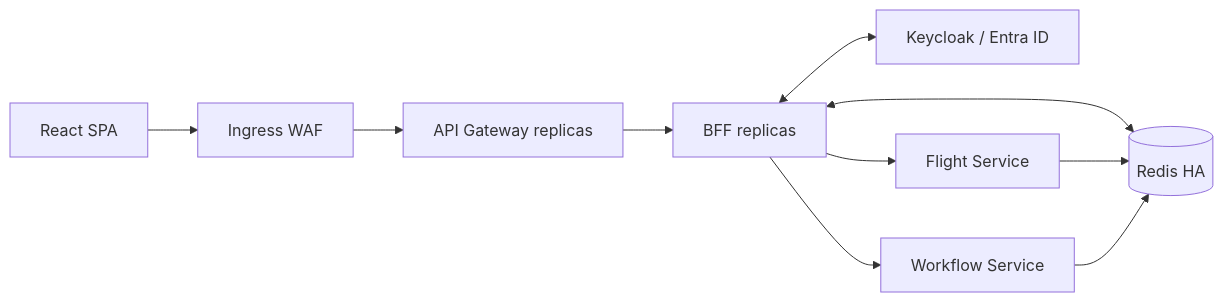
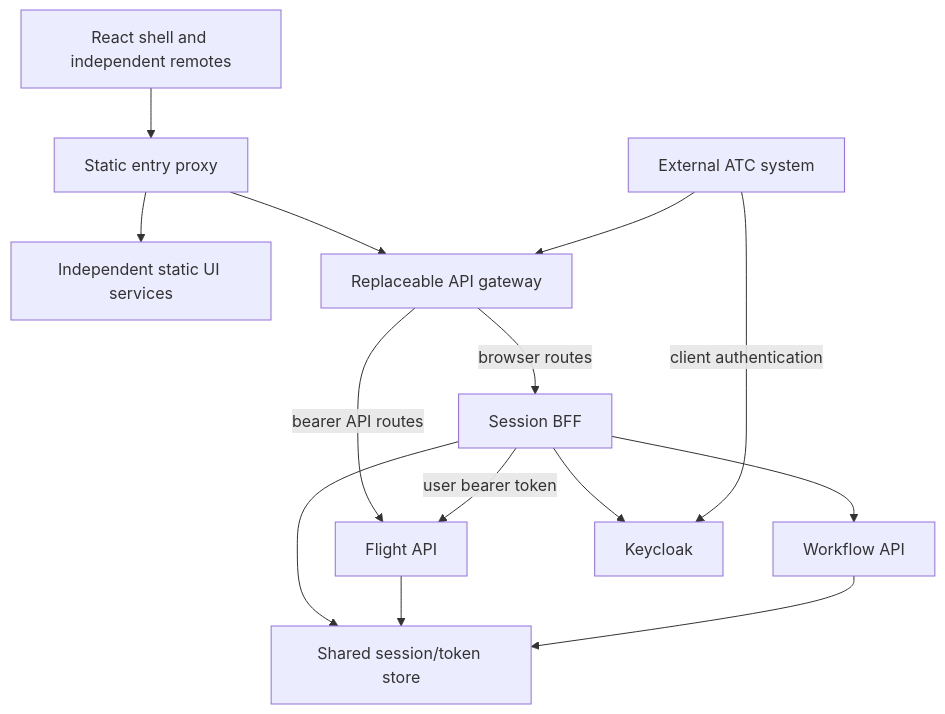
The diagram in docs/architecture.md (renjithpta/Auth2-BFF), drawn with Mermaid before and after one commit. The commit also changed other lines of this file and 192 other files, not shown here.

First line of the commit message:
Implement secure BFF and ATC reference with microfrontends and deployment guides

````diff
--- a/docs/architecture.md
+++ b/docs/architecture.md
@@ -3,12 +5,16 @@
 ```mermaid
-flowchart LR
-  SPA[React SPA] --> EDGE[Ingress WAF]
-  EDGE --> GW[API Gateway replicas]
-  GW --> BFF[BFF replicas]
-  BFF <--> IDP[Keycloak / Entra ID]
-  BFF <--> REDIS[(Redis HA)]
-  BFF --> FLIGHT[Flight Service]
-  BFF --> WORKFLOW[Workflow Service]
-  FLIGHT --> REDIS
-  WORKFLOW --> REDIS
+flowchart TD
+  UI[React shell and independent remotes] --> Entry[Static entry proxy]
+  Entry --> Assets[Independent static UI services]
+  Entry --> GW[Replaceable API gateway]
+  ATC[External ATC system] --> GW
+  GW -->|browser routes| BFF[Session BFF]
+  GW -->|bearer API routes| Flight[Flight API]
+  BFF -->|user bearer token| Flight
+  BFF --> Workflow[Workflow API]
+  BFF --> KC[Keycloak]
+  ATC -->|client authentication| KC
+  BFF --> Redis[Shared session/token store]
+  Flight --> Redis
+  Workflow --> Redis
 ```
````
